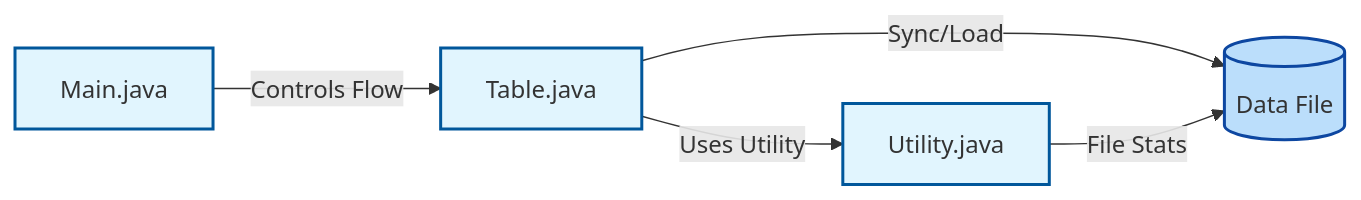
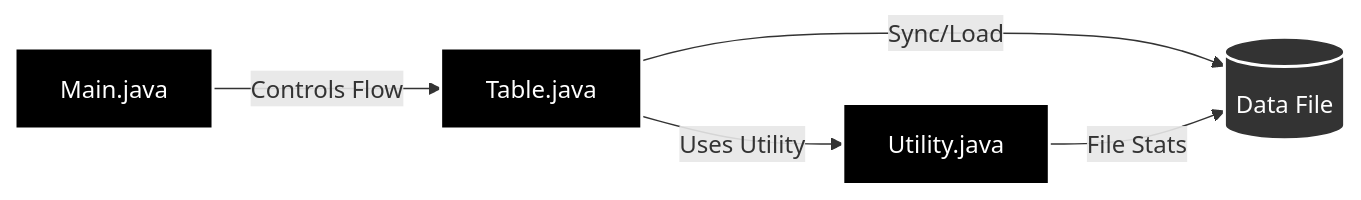
One commit to AliFuatAkyemis/csvSQL changed the diagram in README.md. Above: the diagram before and after it, drawn with Mermaid.

Commit message:
docs: Update Mermaid diagram styles in README to a dark theme.

````diff
--- a/README.md
+++ b/README.md
@@ -68,12 +68,12 @@
 ```mermaid
 graph LR
     A[Main.java] -- "Controls Flow" --> B[Table.java]
     B -- "Uses Utility" --> C[Utility.java]
     B -- "Sync/Load" --> D[(Data File)]
     C -- "File Stats" --> D
     
-    style A fill:#e1f5fe,stroke:#01579b,stroke-width:2px
-    style B fill:#e1f5fe,stroke:#01579b,stroke-width:2px
-    style C fill:#e1f5fe,stroke:#01579b,stroke-width:2px
-    style D fill:#bbdefb,stroke:#0d47a1,stroke-width:2px
+    style A fill:#000,color:#fff,stroke:#fff,stroke-width:2px
+    style B fill:#000,color:#fff,stroke:#fff,stroke-width:2px
+    style C fill:#000,color:#fff,stroke:#fff,stroke-width:2px
+    style D fill:#333,color:#fff,stroke:#fff,stroke-width:2px
 ```
````
